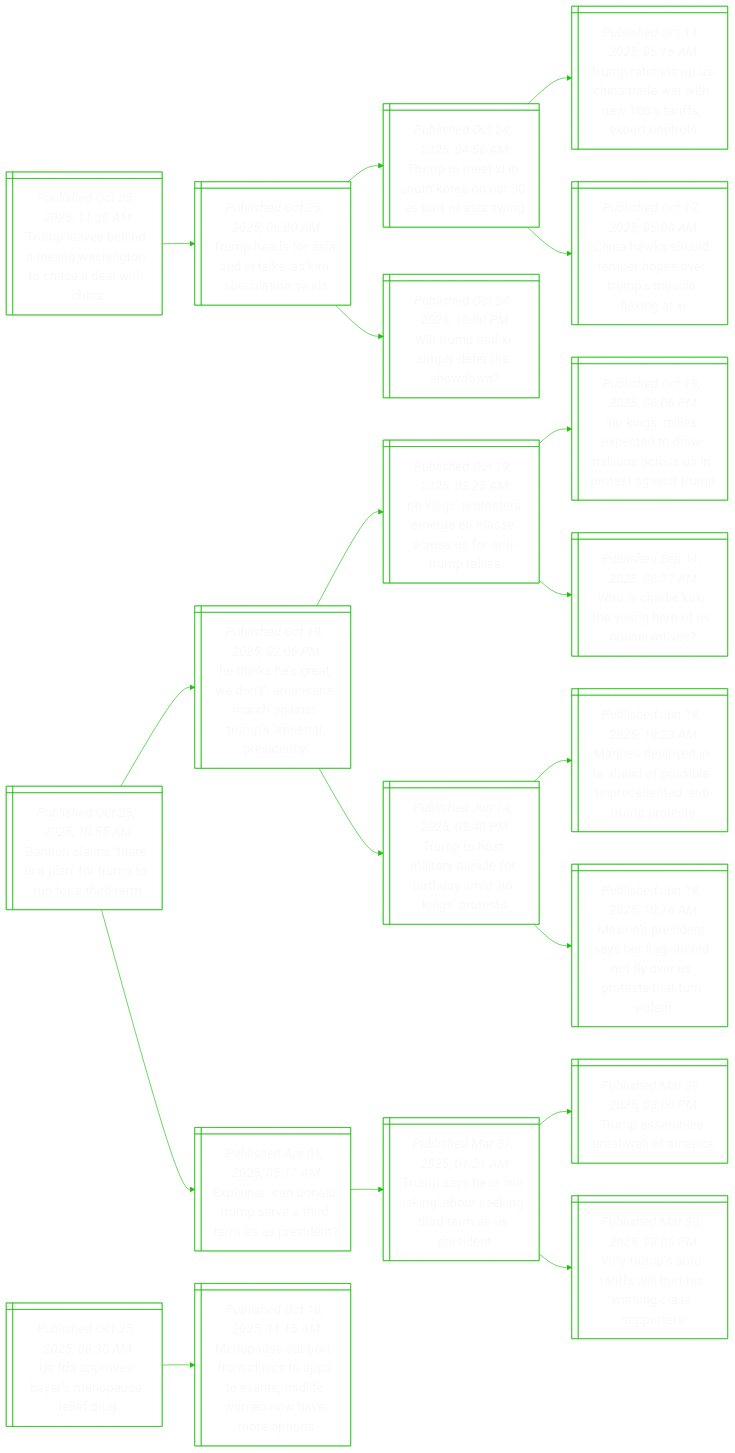
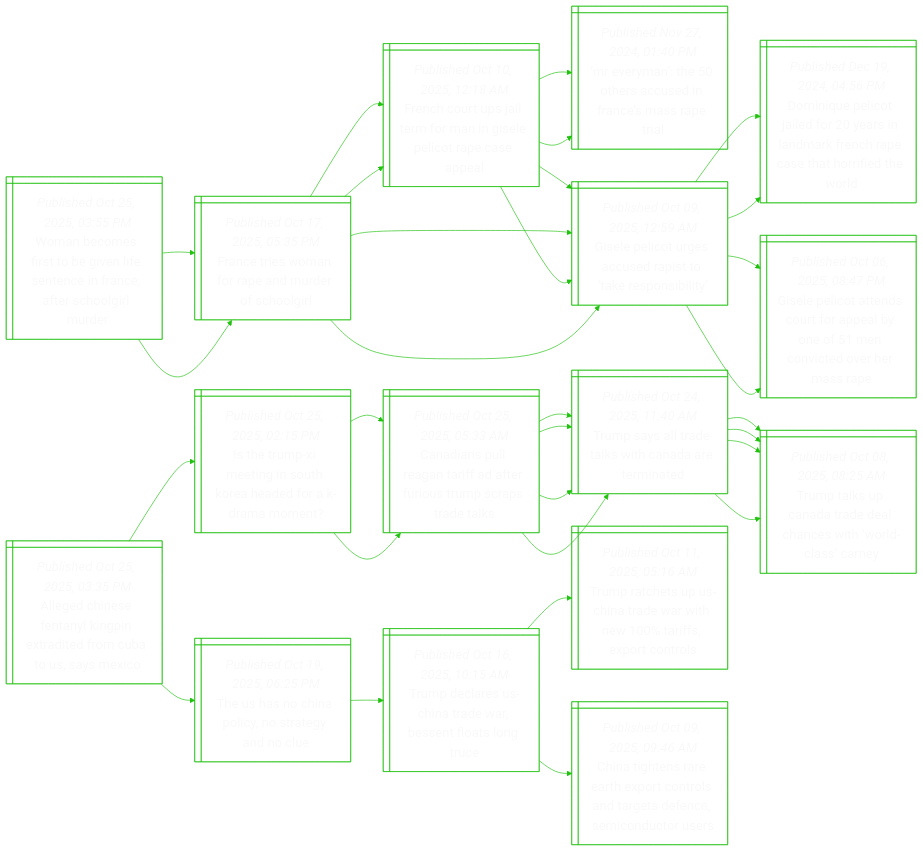
The diagram in README.md (notJmes/notJmes), drawn with Mermaid before and after one commit. The commit also changed other lines of this file, not shown here.

````diff
--- a/README.md
+++ b/README.md
@@ -16,67 +16,103 @@
 flowchart LR
 classDef txtsize font-size:20px;
 
-TlsneWntsaha@{ shape: win-pane, label: "_Published Oct 25, 2025, 11:30 AM_
-Trump leaves behind a reeling washington to chase a deal with china" }
-ThfiXkicii@{ shape: win-pane, label: "_Published Oct 25, 2025, 06:00 AM_
-Trump heads for asia and xi talks, as kim speculation swirls" }
-TttSKoatin@{ shape: win-pane, label: "_Published Oct 24, 2025, 04:56 AM_
-Trump to meet xi in south korea on oct 30 as part of asia swing" }
+WbesensnFerole@{ shape: win-pane, label: "_Published Oct 25, 2025, 03:55 PM_
+Woman becomes first to be given life sentence in france, after schoolgirl murder" }
+Fesnadecg@{ shape: win-pane, label: "_Published Oct 17, 2025, 05:35 PM_
+France tries woman for rape and murder of schoolgirl" }
+FhtarmGecpea@{ shape: win-pane, label: "_Published Oct 10, 2025, 12:18 AM_
+French court ups jail term for man in gisele pelicot rape case appeal" }
+MrThcdamai@{ shape: win-pane, label: "_Published Nov 27, 2024, 01:40 PM_
+‘mr everyman’: the 50 others accused in france’s mass rape trial" }
+Gecgcrtkpby@{ shape: win-pane, label: "_Published Oct 09, 2025, 12:59 AM_
+Gisele pelicot urges accused rapist to ‘take responsibility’" }
+Gecgcrtkpby@{ shape: win-pane, label: "_Published Oct 09, 2025, 12:59 AM_
+Gisele pelicot urges accused rapist to ‘take responsibility’" }
+DieteyidFhchrew@{ shape: win-pane, label: "_Published Dec 19, 2024, 04:56 PM_
+Dominique pelicot jailed for 20 years in landmark french rape case that horrified the world" }
+Gectcfpyfotema@{ shape: win-pane, label: "_Published Oct 06, 2025, 08:47 PM_
+Gisele pelicot attends court for appeal by one of 51 men convicted over her mass rape" }
+Fesnadecg@{ shape: win-pane, label: "_Published Oct 17, 2025, 05:35 PM_
+France tries woman for rape and murder of schoolgirl" }
+FhtarmGecpea@{ shape: win-pane, label: "_Published Oct 10, 2025, 12:18 AM_
+French court ups jail term for man in gisele pelicot rape case appeal" }
+MrThcdamai@{ shape: win-pane, label: "_Published Nov 27, 2024, 01:40 PM_
+‘mr everyman’: the 50 others accused in france’s mass rape trial" }
+Gecgcrtkpby@{ shape: win-pane, label: "_Published Oct 09, 2025, 12:59 AM_
+Gisele pelicot urges accused rapist to ‘take responsibility’" }
+Gecgcrtkpby@{ shape: win-pane, label: "_Published Oct 09, 2025, 12:59 AM_
+Gisele pelicot urges accused rapist to ‘take responsibility’" }
+DieteyidFhchrew@{ shape: win-pane, label: "_Published Dec 19, 2024, 04:56 PM_
+Dominique pelicot jailed for 20 years in landmark french rape case that horrified the world" }
+Gectcfpyfotema@{ shape: win-pane, label: "_Published Oct 06, 2025, 08:47 PM_
+Gisele pelicot attends court for appeal by one of 51 men convicted over her mass rape" }
+
+WbesensnFerole:::txtsize --> Fesnadecg:::txtsize
+Fesnadecg:::txtsize --> FhtarmGecpea:::txtsize
+FhtarmGecpea:::txtsize --> MrThcdamai:::txtsize
+FhtarmGecpea:::txtsize --> Gecgcrtkpby:::txtsize
+Fesnadecg:::txtsize --> Gecgcrtkpby:::txtsize
+Gecgcrtkpby:::txtsize --> DieteyidFhchrew:::txtsize
+Gecgcrtkpby:::txtsize --> Gectcfpyfotema:::txtsize
+WbesensnFerole:::txtsize --> Fesnadecg:::txtsize
+Fesnadecg:::txtsize --> FhtarmGecpea:::txtsize
+FhtarmGecpea:::txtsize --> MrThcdamai:::txtsize
+FhtarmGecpea:::txtsize --> Gecgcrtkpby:::txtsize
+Fesnadecg:::txtsize --> Gecgcrtkpby:::txtsize
+Gecgcrtkpby:::txtsize --> DieteyidFhchrew:::txtsize
+Gecgcrtkpby:::txtsize --> Gectcfpyfotema:::txtsize
+
+AeneygxirbSMo@{ shape: win-pane, label: "_Published Oct 25, 2025, 03:35 PM_
+Alleged chinese fentanyl kingpin extradited from cuba to us, says mexico" }
+ITXtnhaeame@{ shape: win-pane, label: "_Published Oct 25, 2025, 02:15 PM_
+Is the trump-xi meeting in south korea headed for a k-drama moment?" }
+Ciuaaaeirctt@{ shape: win-pane, label: "_Published Oct 25, 2025, 05:33 AM_
+Canadians pull reagan tariff ad after furious trump scraps trade talks" }
+Tsldkhdtn@{ shape: win-pane, label: "_Published Oct 24, 2025, 11:40 AM_
+Trump says all trade talks with canada are terminated" }
+Tsldkhdtn@{ shape: win-pane, label: "_Published Oct 24, 2025, 11:40 AM_
+Trump says all trade talks with canada are terminated" }
+ThCpyryo@{ shape: win-pane, label: "_Published Oct 19, 2025, 06:25 PM_
+The us has no china policy, no strategy and no clue" }
+TdrCtwsfst@{ shape: win-pane, label: "_Published Oct 16, 2025, 10:15 AM_
+Trump declares us-china trade war, bessent floats long truce" }
 TreUndweixco@{ shape: win-pane, label: "_Published Oct 11, 2025, 05:16 AM_
 Trump ratchets up us-china trade war with new 100% tariffs, export controls" }
-Chsdeerpcea@{ shape: win-pane, label: "_Published Oct 17, 2025, 05:00 AM_
-China hawks should temper hopes over trump’s muscle flexing at xi" }
-Wrnidton@{ shape: win-pane, label: "_Published Oct 24, 2025, 12:00 PM_
-Will trump and xi simply defer the showdown?" }
+Ctertonsasnmdrs@{ shape: win-pane, label: "_Published Oct 09, 2025, 09:46 AM_
+China tightens rare earth export controls and targets defence, semiconductor users" }
 
-TlsneWntsaha:::txtsize --> ThfiXkicii:::txtsize
-ThfiXkicii:::txtsize --> TttSKoatin:::txtsize
-TttSKoatin:::txtsize --> TreUndweixco:::txtsize
-TttSKoatin:::txtsize --> Chsdeerpcea:::txtsize
-ThfiXkicii:::txtsize --> Wrnidton:::txtsize
+AeneygxirbSMo:::txtsize --> ITXtnhaeame:::txtsize
+ITXtnhaeame:::txtsize --> Ciuaaaeirctt:::txtsize
+Ciuaaaeirctt:::txtsize --> Tsldkhdtn:::txtsize
+Ciuaaaeirctt:::txtsize --> Tsldkhdtn:::txtsize
+AeneygxirbSMo:::txtsize --> ThCpyryo:::txtsize
+ThCpyryo:::txtsize --> TdrCtwsfst:::txtsize
+TdrCtwsfst:::txtsize --> TreUndweixco:::txtsize
+TdrCtwsfst:::txtsize --> Ctertonsasnmdrs:::txtsize
 
-Bnmrpomuad@{ shape: win-pane, label: "_Published Oct 25, 2025, 10:55 AM_
-Bannon claims ‘there is a plan’ for trump to run for a third term" }
-Hnstnrshnumasc@{ shape: win-pane, label: "_Published Oct 19, 2025, 02:06 PM_
-‘he thinks he’s great, we don’t’: americans march against trump’s ‘imperial presidency’" }
-NgtrrmasrTre@{ shape: win-pane, label: "_Published Oct 19, 2025, 03:25 AM_
-‘no kings’ protesters emerge en masse across us for anti-trump rallies" }
-NglxerlssneaT@{ shape: win-pane, label: "_Published Oct 18, 2025, 06:06 PM_
-‘no kings’ rallies expected to draw millions across us in protest against trump" }
-WCikoeUst@{ shape: win-pane, label: "_Published Sep 11, 2025, 06:17 AM_
-Who is charlie kirk, the young hero of us conservatives?" }
-TtttafryNgt@{ shape: win-pane, label: "_Published Jun 14, 2025, 03:40 PM_
-Trump to host military parade for birthday amid ‘no kings’ protests" }
-Melihfineeipe@{ shape: win-pane, label: "_Published Jun 14, 2025, 10:23 AM_
-Marines deployed in la ahead of possible ‘unprecedented’ anti-trump protests" }
-Mosthautvpsane@{ shape: win-pane, label: "_Published Jun 14, 2025, 10:16 AM_
-Mexico’s president says her flag should not fly over us protests that turn violent" }
-EiaaurheUst@{ shape: win-pane, label: "_Published Apr 01, 2025, 05:11 AM_
-Explainer: can donald trump serve a third term as us president?" }
-TsetnukheUst@{ shape: win-pane, label: "_Published Mar 31, 2025, 01:21 AM_
-Trump says he is ‘not joking’ about seeking third term as us president" }
-TabraAc@{ shape: win-pane, label: "_Published Mar 29, 2025, 08:00 PM_
-Trump assembles great wall of america" }
-Wuurwusiape@{ shape: win-pane, label: "_Published Mar 30, 2025, 08:06 PM_
-Why trump’s auto tariffs will hurt his working-class supporters" }
+ITXtnhaeame@{ shape: win-pane, label: "_Published Oct 25, 2025, 02:15 PM_
+Is the trump-xi meeting in south korea headed for a k-drama moment?" }
+Ciuaaaeirctt@{ shape: win-pane, label: "_Published Oct 25, 2025, 05:33 AM_
+Canadians pull reagan tariff ad after furious trump scraps trade talks" }
+Tsldkhdtn@{ shape: win-pane, label: "_Published Oct 24, 2025, 11:40 AM_
+Trump says all trade talks with canada are terminated" }
+Ttuaaanirar@{ shape: win-pane, label: "_Published Oct 08, 2025, 08:25 AM_
+Trump talks up canada trade deal chances with ‘world-class’ carney" }
+Ttuaaanirar@{ shape: win-pane, label: "_Published Oct 08, 2025, 08:25 AM_
+Trump talks up canada trade deal chances with ‘world-class’ carney" }
+Tsldkhdtn@{ shape: win-pane, label: "_Published Oct 24, 2025, 11:40 AM_
+Trump says all trade talks with canada are terminated" }
+Ttuaaanirar@{ shape: win-pane, label: "_Published Oct 08, 2025, 08:25 AM_
+Trump talks up canada trade deal chances with ‘world-class’ carney" }
+Ttuaaanirar@{ shape: win-pane, label: "_Published Oct 08, 2025, 08:25 AM_
+Trump talks up canada trade deal chances with ‘world-class’ carney" }
 
-Bnmrpomuad:::txtsize --> Hnstnrshnumasc:::txtsize
-Hnstnrshnumasc:::txtsize --> NgtrrmasrTre:::txtsize
-NgtrrmasrTre:::txtsize --> NglxerlssneaT:::txtsize
-NgtrrmasrTre:::txtsize --> WCikoeUst:::txtsize
-Hnstnrshnumasc:::txtsize --> TtttafryNgt:::txtsize
-TtttafryNgt:::txtsize --> Melihfineeipe:::txtsize
-TtttafryNgt:::txtsize --> Mosthautvpsane:::txtsize
-Bnmrpomuad:::txtsize --> EiaaurheUst:::txtsize
-EiaaurheUst:::txtsize --> TsetnukheUst:::txtsize
-TsetnukheUst:::txtsize --> TabraAc:::txtsize
-TsetnukheUst:::txtsize --> Wuurwusiape:::txtsize
-
-Uavyeulr@{ shape: win-pane, label: "_Published Oct 25, 2025, 08:30 AM_
-Us fda approves bayer’s menopause relief drug" }
-Mautccpesimwmps@{ shape: win-pane, label: "_Published Oct 18, 2025, 11:15 AM_
-Menopause support: from clinics to apps to events, midlife women now have more options" }
-
-Uavyeulr:::txtsize --> Mautccpesimwmps:::txtsize
+ITXtnhaeame:::txtsize --> Ciuaaaeirctt:::txtsize
+Ciuaaaeirctt:::txtsize --> Tsldkhdtn:::txtsize
+Tsldkhdtn:::txtsize --> Ttuaaanirar:::txtsize
+Tsldkhdtn:::txtsize --> Ttuaaanirar:::txtsize
+Ciuaaaeirctt:::txtsize --> Tsldkhdtn:::txtsize
+Tsldkhdtn:::txtsize --> Ttuaaanirar:::txtsize
+Tsldkhdtn:::txtsize --> Ttuaaanirar:::txtsize
 
 ```
````
